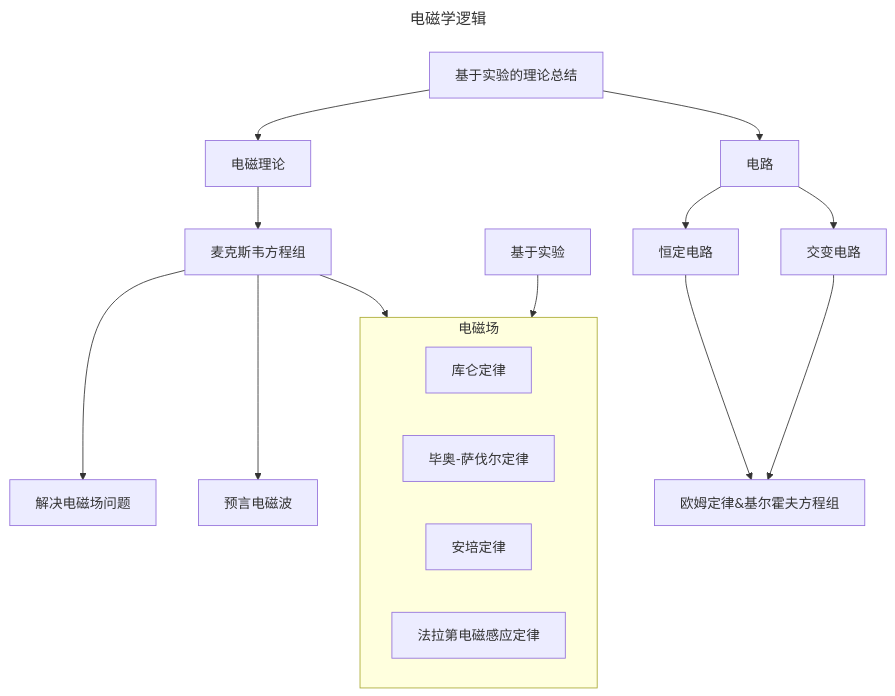
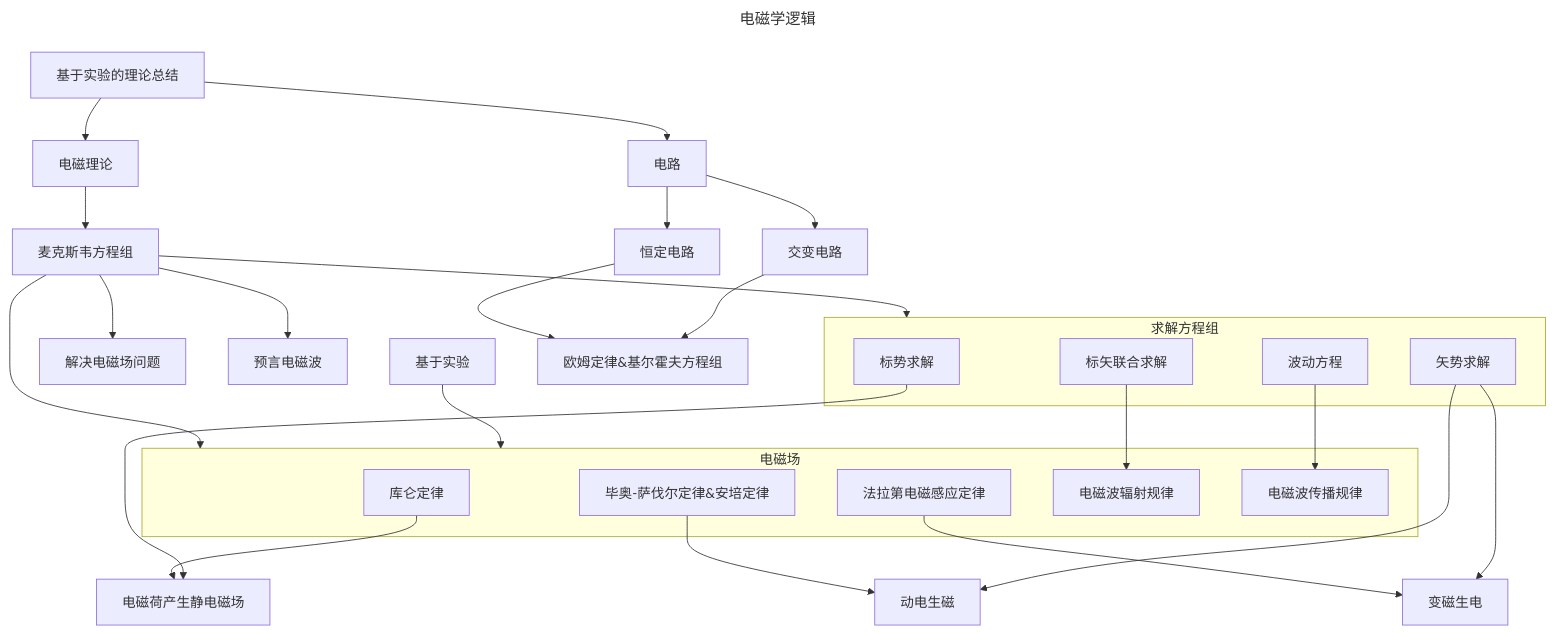
Before and after one commit to estriene/Introduction-to-physics-notes: the third of 6 diagrams in main.md, drawn with Mermaid.

Commit message:
Update main.md add to v1.0.0

````diff
--- a/main.md
+++ b/main.md
@@ -147,23 +147,39 @@
 ```mermaid
 ---
 title: 电磁学逻辑
 ---
 flowchart TB
     基于实验的理论总结-->电磁理论
     基于实验的理论总结-->电路
     电磁理论-->麦克斯韦方程组
     麦克斯韦方程组-->电磁场
+    麦克斯韦方程组-->求解方程组
     麦克斯韦方程组-->解决电磁场问题
     麦克斯韦方程组-->预言电磁波
     subgraph 电磁场
     库仑定律
-    毕奥-萨伐尔定律
-    安培定律
+    毕奥-萨伐尔定律&安培定律
     法拉第电磁感应定律
+    电磁波辐射规律
+    电磁波传播规律
     end
+    subgraph 求解方程组
+    标势求解
+    矢势求解
+    标矢联合求解
+    波动方程
+    end
+    库仑定律-->电磁荷产生静电磁场
+    标势求解-->电磁荷产生静电磁场
+    毕奥-萨伐尔定律&安培定律-->动电生磁
+    法拉第电磁感应定律-->变磁生电
+    矢势求解-->动电生磁
+    矢势求解-->变磁生电
+    标矢联合求解-->电磁波辐射规律
+    波动方程-->电磁波传播规律
     基于实验-->电磁场
     电路-->恒定电路
     电路-->交变电路
     恒定电路-->欧姆定律&基尔霍夫方程组
     交变电路-->欧姆定律&基尔霍夫方程组
 ```
````
